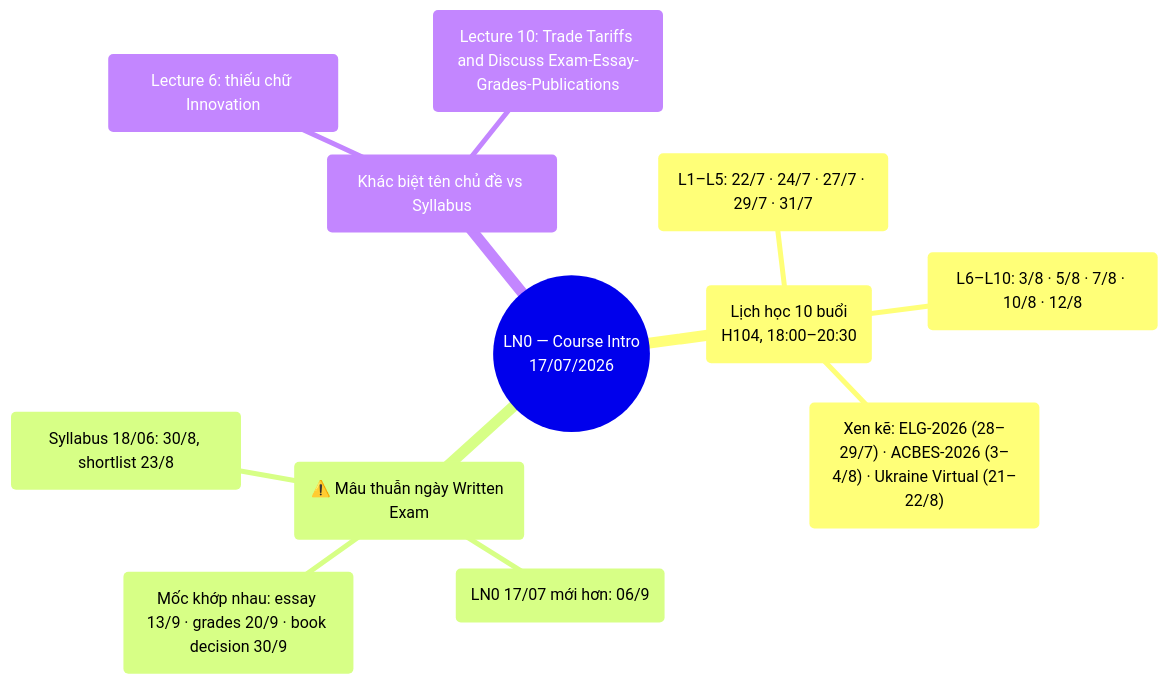
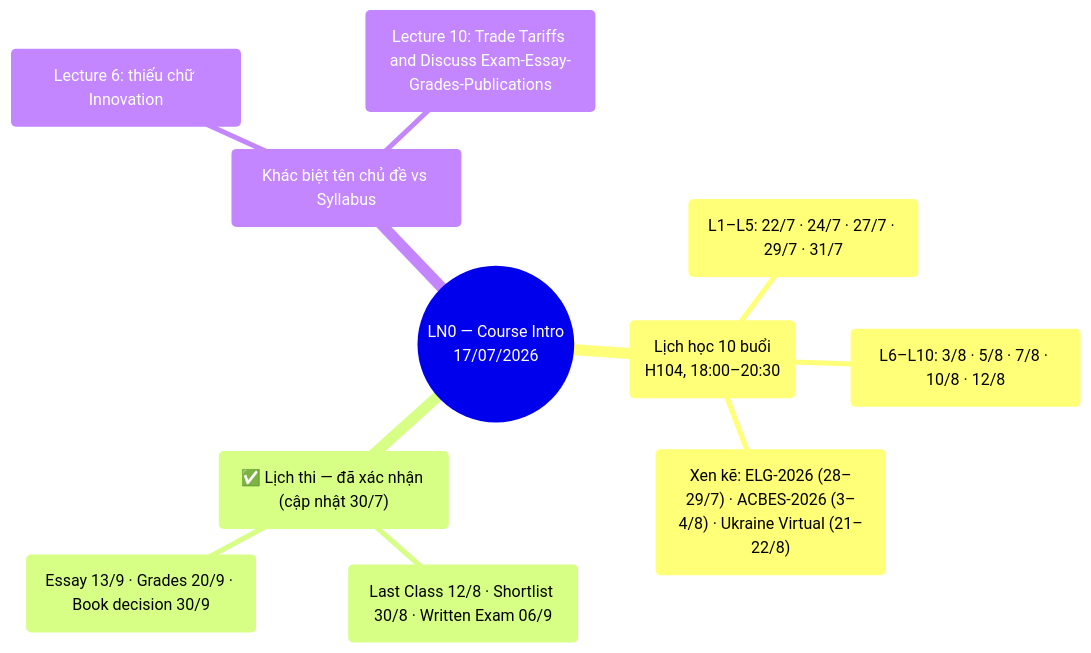
Before and after one commit to tctruc79/32dbc_wiki: the diagram in content/sources/ln0-course-intro.md, drawn with Mermaid. The commit also changed other lines of this file and 7 other files, not shown here.

Commit message:
sync: cập nhật lịch thi đã xác nhận (Written Exam 06/9, shortlist 30/8)

````diff
--- a/content/sources/ln0-course-intro.md
+++ b/content/sources/ln0-course-intro.md
@@ -18,15 +20,14 @@
 ```mermaid
 mindmap
   root(("LN0 — Course Intro<br/>17/07/2026"))
     ("Lịch học 10 buổi<br/>H104, 18:00–20:30")
       ("L1–L5: 22/7 · 24/7 · 27/7 · 29/7 · 31/7")
       ("L6–L10: 3/8 · 5/8 · 7/8 · 10/8 · 12/8")
       ("Xen kẽ: ELG-2026 (28–29/7) · ACBES-2026 (3–4/8) · Ukraine Virtual (21–22/8)")
-    ("⚠️ Mâu thuẫn ngày Written Exam")
-      ("Syllabus 18/06: 30/8, shortlist 23/8")
-      ("LN0 17/07 mới hơn: 06/9")
-      ("Mốc khớp nhau: essay 13/9 · grades 20/9 · book decision 30/9")
+    ("✅ Lịch thi — đã xác nhận (cập nhật 30/7)")
+      ("Last Class 12/8 · Shortlist 30/8 · Written Exam 06/9")
+      ("Essay 13/9 · Grades 20/9 · Book decision 30/9")
     ("Khác biệt tên chủ đề vs Syllabus")
       ("Lecture 6: thiếu chữ Innovation")
       ("Lecture 10: Trade Tariffs and Discuss Exam-Essay-Grades-Publications")
 ```
````
